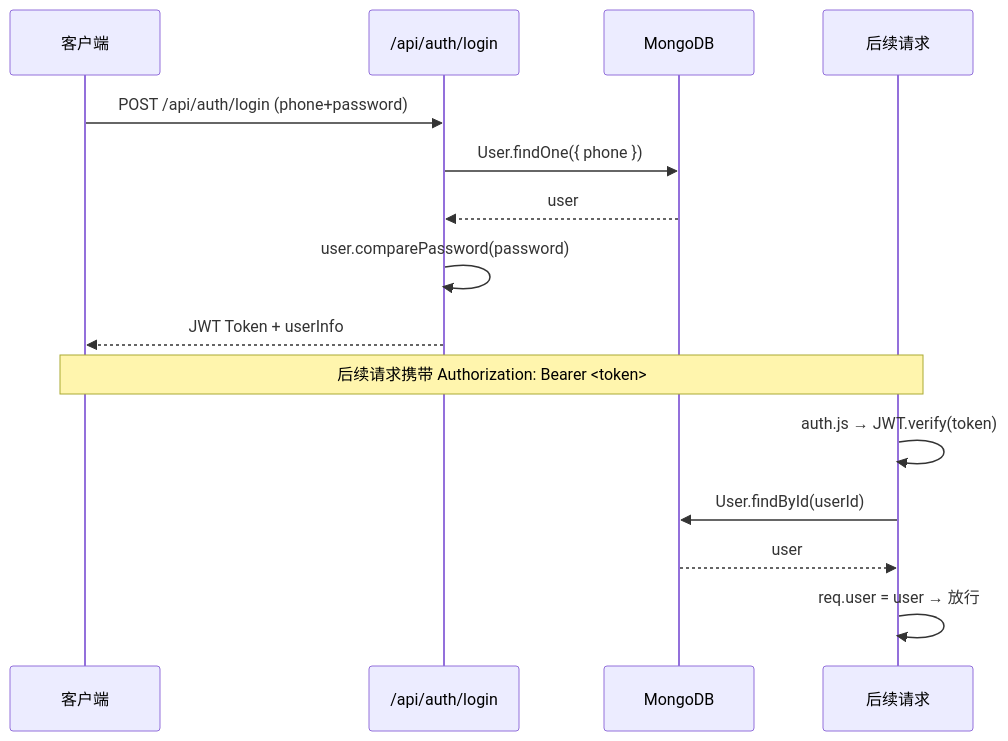
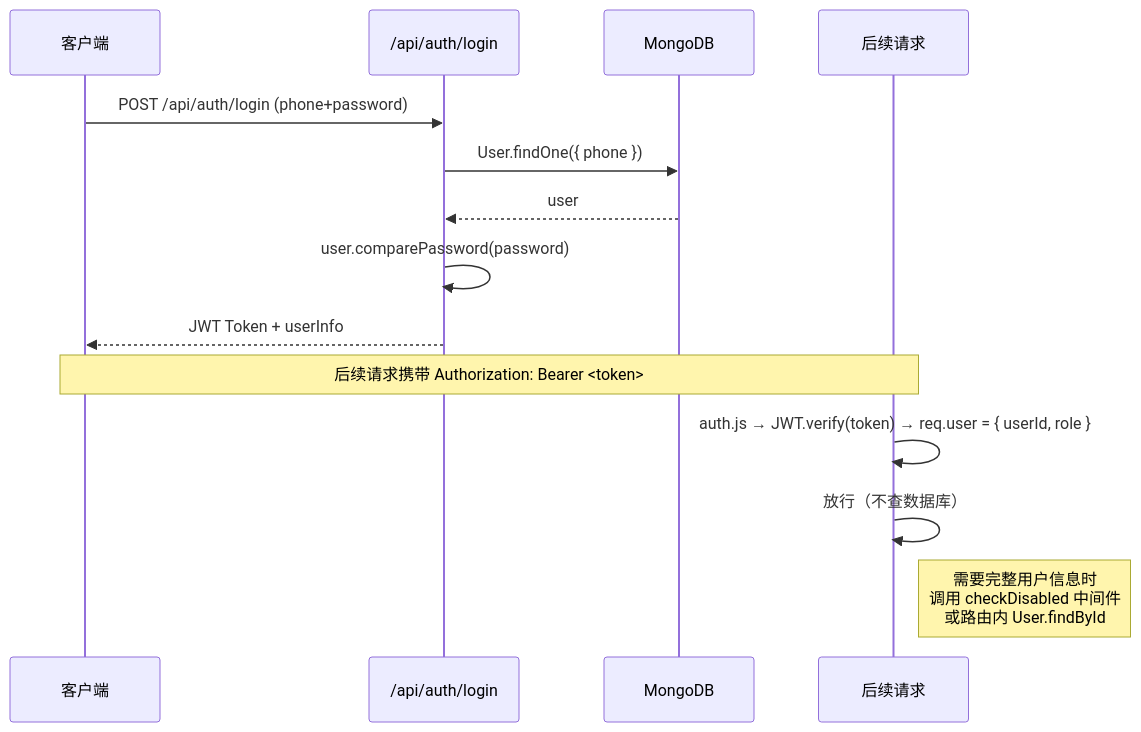
Before and after one commit to finalreality/obsidian-vault: the tenth of 11 diagrams in 未命名 1.md, drawn with Mermaid. The commit also changed other lines of this file and 1 other file, not shown here.

````diff
--- a/未命名 1.md
+++ b/未命名 1.md
@@ -778,20 +783,19 @@
 ```mermaid
 sequenceDiagram
     participant Client as 客户端
     participant Auth as /api/auth/login
     participant DB as MongoDB
     participant Request as 后续请求
 
     Client->>Auth: POST /api/auth/login (phone+password)
     Auth->>DB: User.findOne({ phone })
     DB-->>Auth: user
     Auth->>Auth: user.comparePassword(password)
     Auth-->>Client: JWT Token + userInfo
 
     Note over Client,Request: 后续请求携带 Authorization: Bearer <token>
 
-    Request->>Request: auth.js → JWT.verify(token)
-    Request->>DB: User.findById(userId)
-    DB-->>Request: user
-    Request->>Request: req.user = user → 放行
+    Request->>Request: auth.js → JWT.verify(token) → req.user = { userId, role }
+    Request->>Request: 放行（不查数据库）
+    Note right of Request: 需要完整用户信息时<br>调用 checkDisabled 中间件<br>或路由内 User.findById
 ```
````
